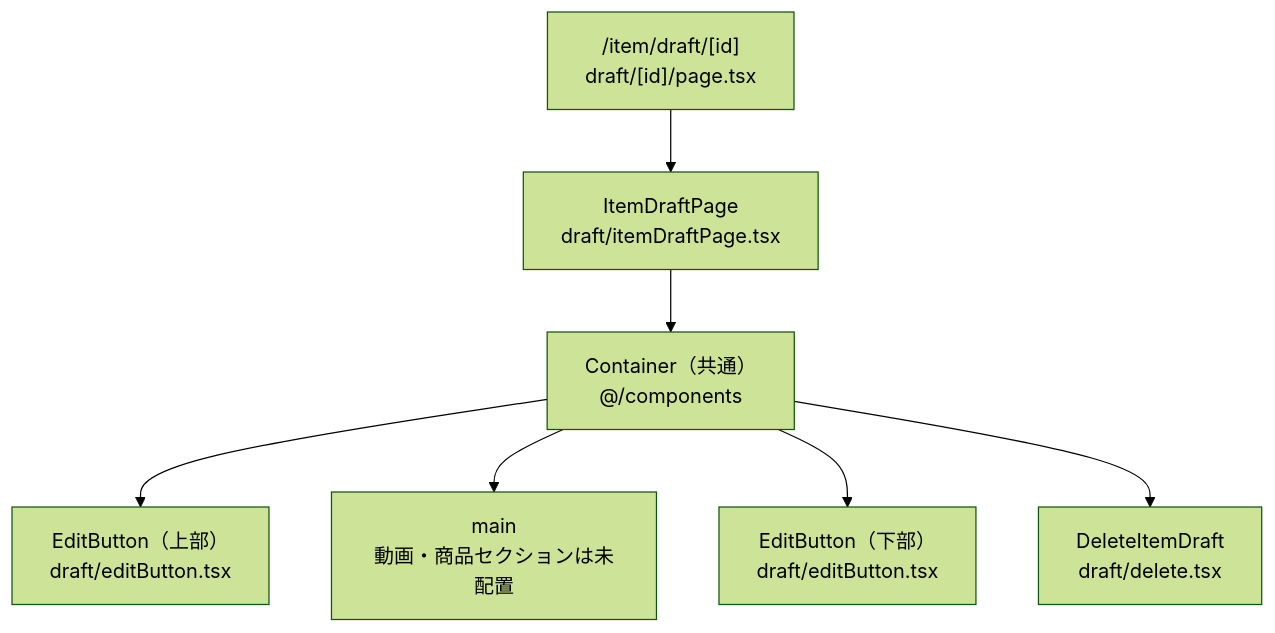
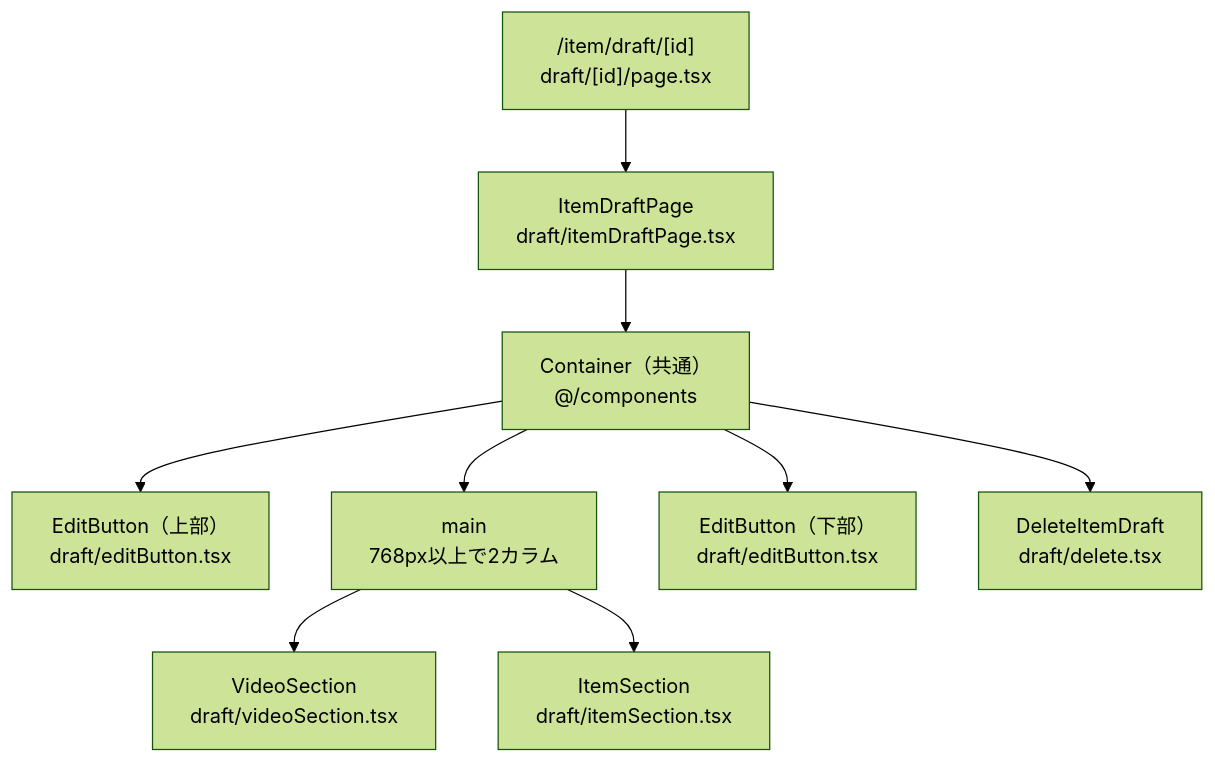
The first of 4 diagrams in client/src/app/item/draft/AGENTS.md (rednull-racing/web-project1), drawn with Mermaid (forest theme) before and after one commit. The commit also changed other lines of this file and 7 other files, not shown here.

````diff
--- a/client/src/app/item/draft/AGENTS.md
+++ b/client/src/app/item/draft/AGENTS.md
@@ -27,17 +27,21 @@
 ```mermaid
 flowchart TD
     Route["/item/draft/[id]<br/>draft/[id]/page.tsx"]
     Page["ItemDraftPage<br/>draft/itemDraftPage.tsx"]
     Container["Container（共通）<br/>@/components"]
     Top["EditButton（上部）<br/>draft/editButton.tsx"]
-    Main["main<br/>動画・商品セクションは未配置"]
+    Main["main<br/>768px以上で2カラム"]
+    Video["VideoSection<br/>draft/videoSection.tsx"]
+    Item["ItemSection<br/>draft/itemSection.tsx"]
     Bottom["EditButton（下部）<br/>draft/editButton.tsx"]
     Delete["DeleteItemDraft<br/>draft/delete.tsx"]
 
     Route --> Page
     Page --> Container
     Container --> Top
     Container --> Main
+    Main --> Video
+    Main --> Item
     Container --> Bottom
     Container --> Delete
 ```
````
